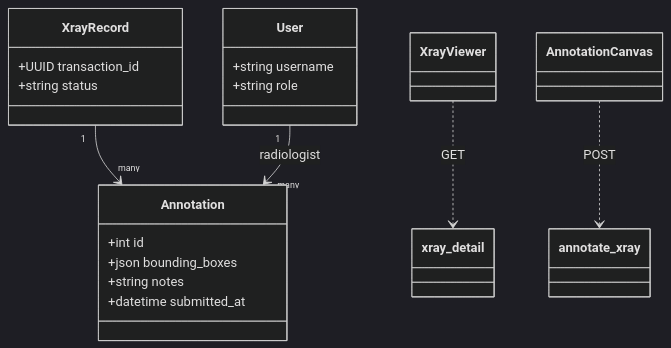
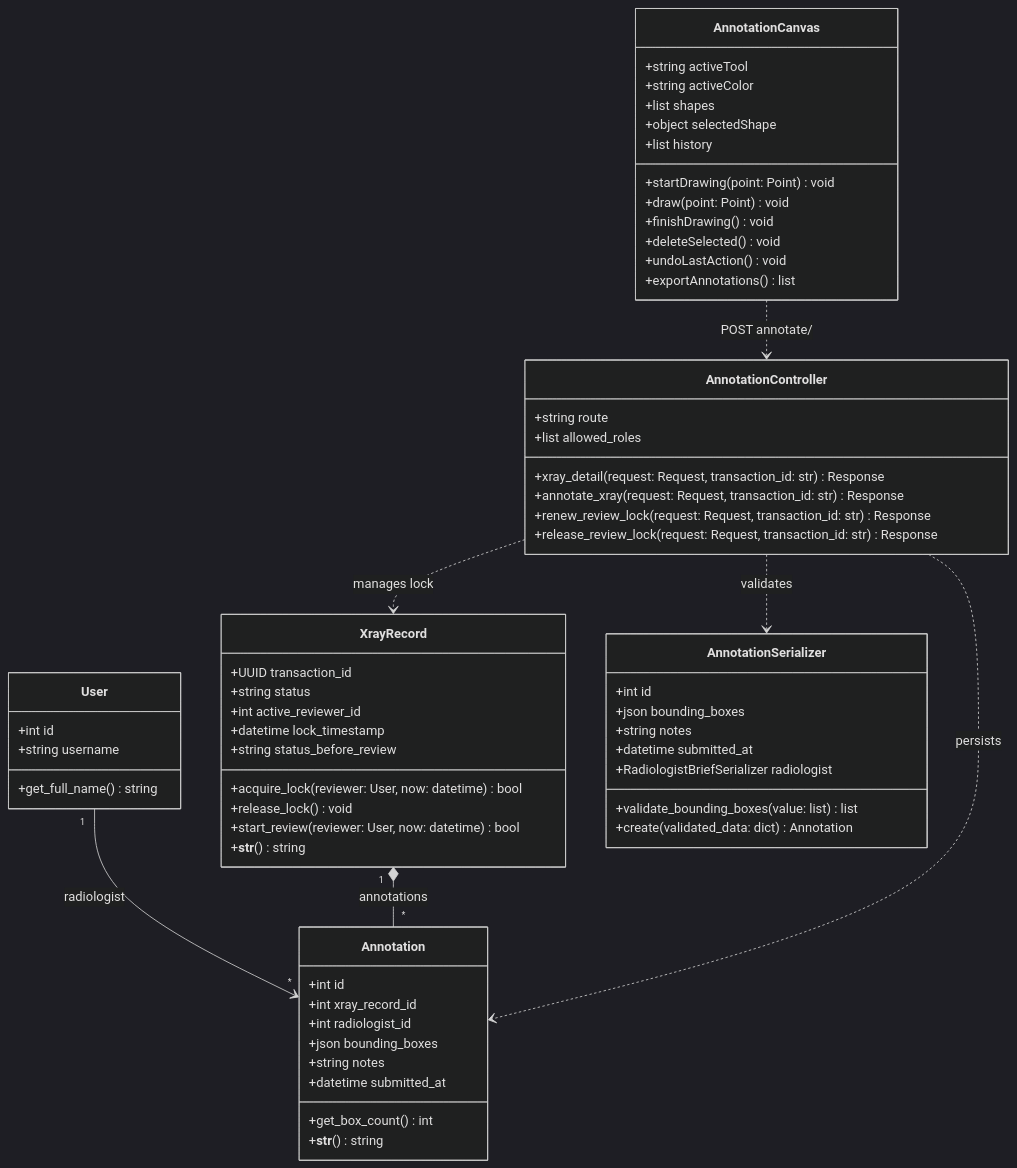
The diagram in documentation/class diagrams/2.2_Class Diagram.md (DymNomZ/TBXR), drawn with Mermaid (dark theme) before and after one commit. The commit also changed 80 other files, not shown here.

````diff
--- a/documentation/class diagrams/2.2_Class Diagram.md
+++ b/documentation/class diagrams/2.2_Class Diagram.md
@@ -1,31 +1,71 @@
 ```mermaid
 classDiagram
+    class User {
+        +int id
+        +string username
+        +get_full_name() string
+    }
+
     class XrayRecord {
         +UUID transaction_id
         +string status
+        +int active_reviewer_id
+        +datetime lock_timestamp
+        +string status_before_review
+        +acquire_lock(reviewer: User, now: datetime) bool
+        +release_lock() void
+        +start_review(reviewer: User, now: datetime) bool
+        +__str__() string
     }
 
     class Annotation {
         +int id
+        +int xray_record_id
+        +int radiologist_id
         +json bounding_boxes
         +string notes
         +datetime submitted_at
+        +get_box_count() int
+        +__str__() string
     }
 
-    class User {
-        +string username
-        +string role
+    class AnnotationSerializer {
+        +int id
+        +json bounding_boxes
+        +string notes
+        +datetime submitted_at
+        +RadiologistBriefSerializer radiologist
+        +validate_bounding_boxes(value: list) list
+        +create(validated_data: dict) Annotation
     }
 
-    class xray_detail
-    class annotate_xray
+    class AnnotationController {
+        +string route
+        +list allowed_roles
+        +xray_detail(request: Request, transaction_id: str) Response
+        +annotate_xray(request: Request, transaction_id: str) Response
+        +renew_review_lock(request: Request, transaction_id: str) Response
+        +release_review_lock(request: Request, transaction_id: str) Response
+    }
 
-    class XrayViewer
-    class AnnotationCanvas
+    class AnnotationCanvas {
+        +string activeTool
+        +string activeColor
+        +list shapes
+        +object selectedShape
+        +list history
+        +startDrawing(point: Point) void
+        +draw(point: Point) void
+        +finishDrawing() void
+        +deleteSelected() void
+        +undoLastAction() void
+        +exportAnnotations() list
+    }
 
-    XrayRecord "1" --> "many" Annotation
-    User "1" --> "many" Annotation : radiologist
-
-    XrayViewer ..> xray_detail : GET
-    AnnotationCanvas ..> annotate_xray : POST
+    User "1" --> "*" Annotation : radiologist
+    XrayRecord "1" *-- "*" Annotation : annotations
+    AnnotationController ..> AnnotationSerializer : validates
+    AnnotationController ..> Annotation : persists
+    AnnotationController ..> XrayRecord : manages lock
+    AnnotationCanvas ..> AnnotationController : POST annotate/
 ```
````
